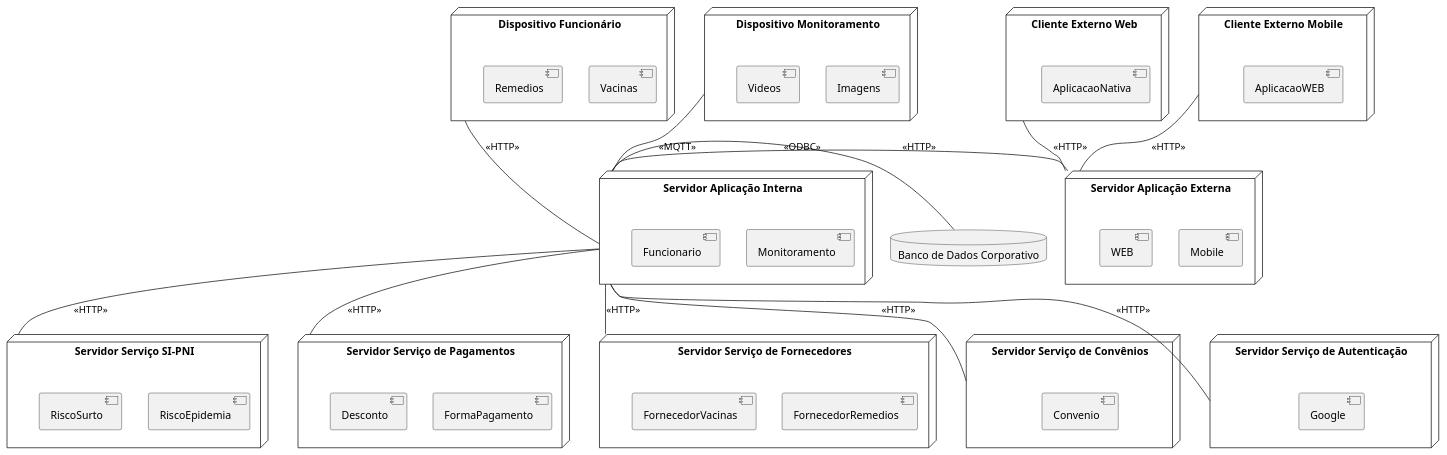
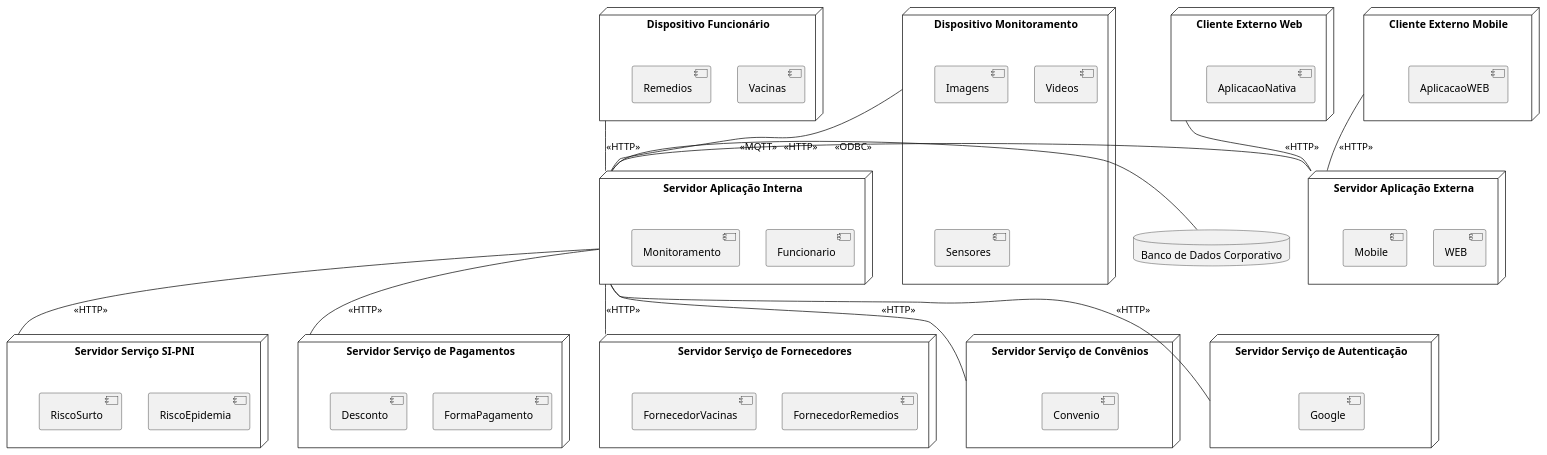
One commit to belcogo/desenv-software-diagramas changed the diagram in diagrama-implementacao.PLANTUML. Above: the diagram before and after it, drawn with PlantUML.

Commit message:
Adicionando sensores

```diff
--- a/diagrama-implementacao.PLANTUML
+++ b/diagrama-implementacao.PLANTUML
@@ -1,70 +1,71 @@
 @startuml
 database bancoDeDados as "Banco de Dados Corporativo"
 
 node servidorInterno as "Servidor Aplicação Interna"{
+component Funcionario
 component Monitoramento
-component Funcionario
 }
 
 node servidorExterno as "Servidor Aplicação Externa"{
+component WEB
 component Mobile
-component WEB
 }
 
 node servicoSIPNI as "Servidor Serviço SI-PNI"{
 component RiscoEpidemia
 component RiscoSurto
 }
 
 node servicoPagamento as "Servidor Serviço de Pagamentos"{
 component FormaPagamento
 component Desconto
 }
 
 node servicoFornecedores as "Servidor Serviço de Fornecedores"{
 component FornecedorRemedios
 component FornecedorVacinas
 }
 
 node servicoConvenios as "Servidor Serviço de Convênios"{
 component Convenio
 }
 
 node servicoAutenticacao as "Servidor Serviço de Autenticação"{
 component Google
 }
 
 node dispositivoFuncionario as "Dispositivo Funcionário"{
 component Vacinas
 component Remedios
 }
 
 node dispositivoMonitoramento as "Dispositivo Monitoramento"{
 component Imagens
 component Videos
+component Sensores
 }
 
 
 node clienteWeb as "Cliente Externo Web" {
 component AplicacaoNativa
 }
 
 node clienteMobile as "Cliente Externo Mobile"{
 component AplicacaoWEB
 }
 
 
 servidorInterno -- servicoPagamento : <<HTTP>>
 servidorInterno -- servicoFornecedores : <<HTTP>>
 servidorInterno -- servicoSIPNI : <<HTTP>>
 servidorInterno -- servicoConvenios : <<HTTP>>
 servidorInterno -- servicoAutenticacao : <<HTTP>>
 
 
 servidorInterno - bancoDeDados : <<ODBC>>
 servidorExterno - servidorInterno : <<HTTP>>
 dispositivoMonitoramento -- servidorInterno : <<MQTT>>
 dispositivoFuncionario -- servidorInterno : <<HTTP>>
 clienteWeb -- servidorExterno : <<HTTP>>
 clienteMobile -- servidorExterno : <<HTTP>>
 @enduml
```
